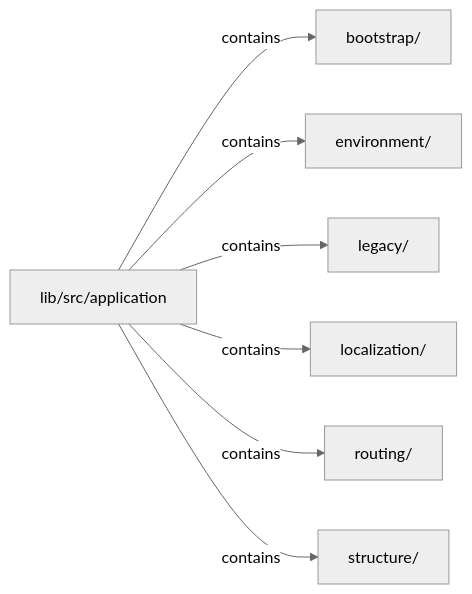
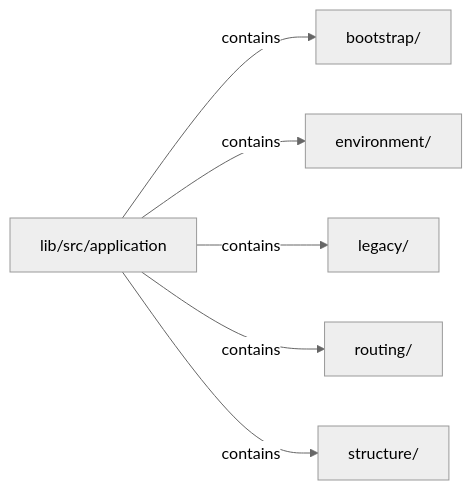
One commit to MiuDog/Kallopis changed the diagram in docs/architecture/src/application/README.md. Above: the diagram before and after it, drawn with Mermaid (neutral theme). The commit also changed other lines of this file and 2796 other files, not shown here.

````diff
--- a/docs/architecture/src/application/README.md
+++ b/docs/architecture/src/application/README.md
@@ -37,16 +37,14 @@
 ```mermaid
 flowchart LR
 	n0["lib/src/application"]
 	n1["bootstrap/"]
 	n2["environment/"]
 	n3["legacy/"]
-	n4["localization/"]
-	n5["routing/"]
-	n6["structure/"]
+	n4["routing/"]
+	n5["structure/"]
 	n0 -->|"contains"| n1
 	n0 -->|"contains"| n2
 	n0 -->|"contains"| n3
 	n0 -->|"contains"| n4
 	n0 -->|"contains"| n5
-	n0 -->|"contains"| n6
 ```
````
